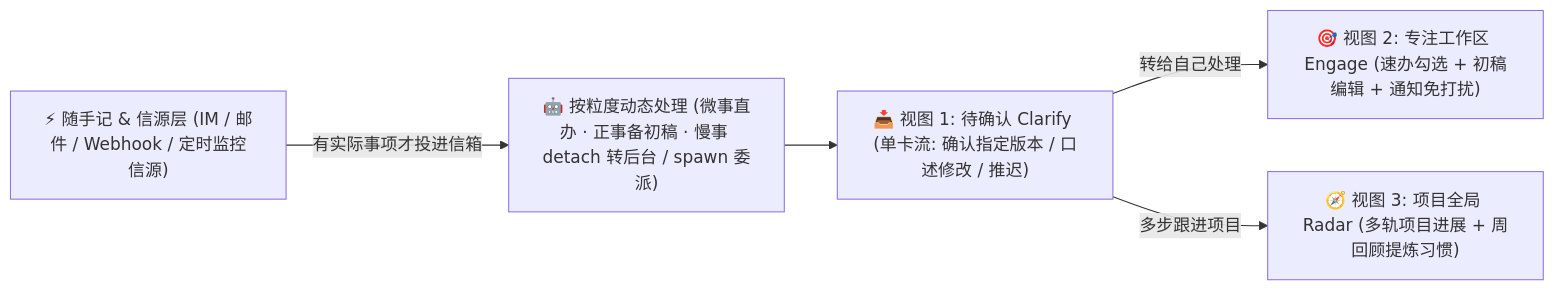
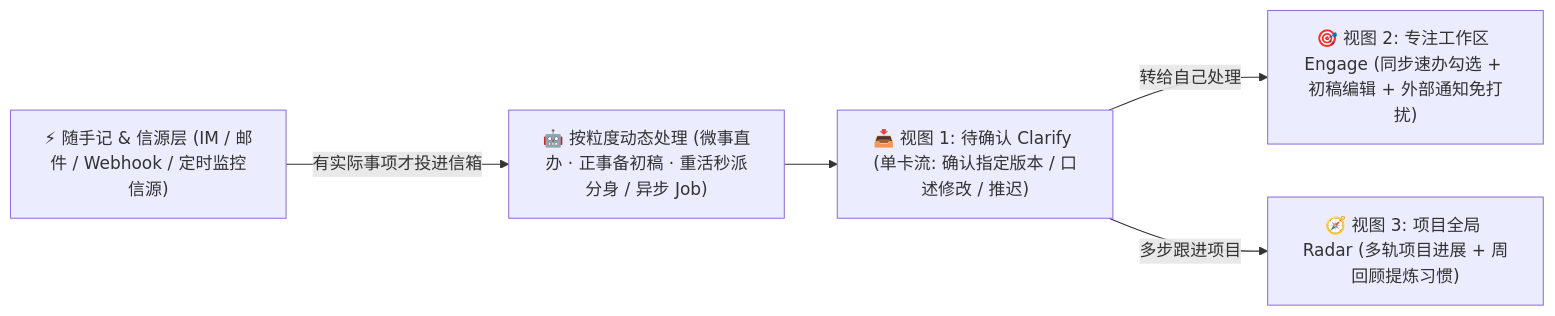
One commit to project-aoi/ng-agents changed the diagram in docs/03-gtd-agent-product-vision.md. Above: the diagram before and after it, drawn with Mermaid. The commit also changed other lines of this file and 3 other files, not shown here.

````diff
--- a/docs/03-gtd-agent-product-vision.md
+++ b/docs/03-gtd-agent-product-vision.md
@@ -69,8 +69,8 @@
 ```mermaid
 flowchart LR
-    Src["⚡ 随手记 & 信源层 (IM / 邮件 / Webhook / 定时监控信源)"] -->|"有实际事项才投进信箱"| Bg["🤖 按粒度动态处理 (微事直办 · 正事备初稿 · 慢事 detach 转后台 / spawn 委派)"]
+    Src["⚡ 随手记 & 信源层 (IM / 邮件 / Webhook / 定时监控信源)"] -->|"有实际事项才投进信箱"| Bg["🤖 按粒度动态处理 (微事直办 · 正事备初稿 · 重活秒派分身 / 异步 Job)"]
 
     Bg --> M1["📥 视图 1: 待确认 Clarify (单卡流: 确认指定版本 / 口述修改 / 推迟)"]
-    M1 -->|"转给自己处理"| M2["🎯 视图 2: 专注工作区 Engage (速办勾选 + 初稿编辑 + 通知免打扰)"]
+    M1 -->|"转给自己处理"| M2["🎯 视图 2: 专注工作区 Engage (同步速办勾选 + 初稿编辑 + 外部通知免打扰)"]
     M1 -->|"多步跟进项目"| M3["🧭 视图 3: 项目全局 Radar (多轨项目进展 + 周回顾提炼习惯)"]
 ```
````
